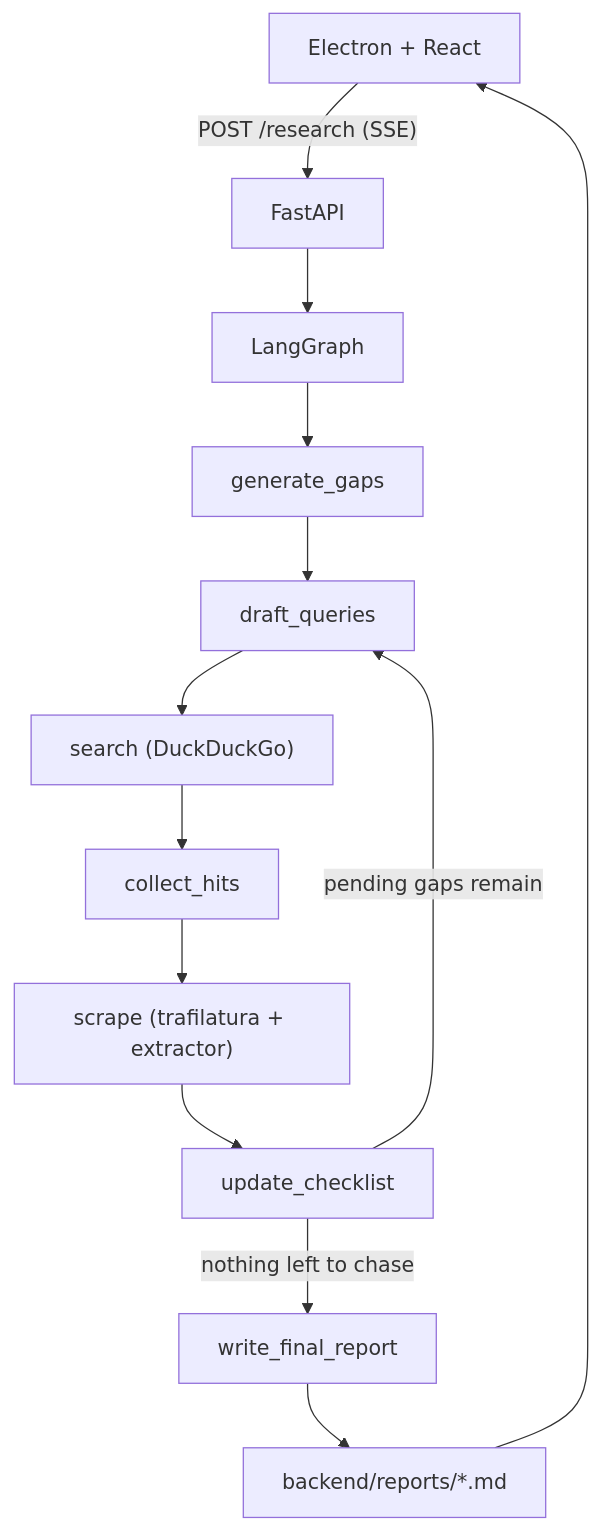
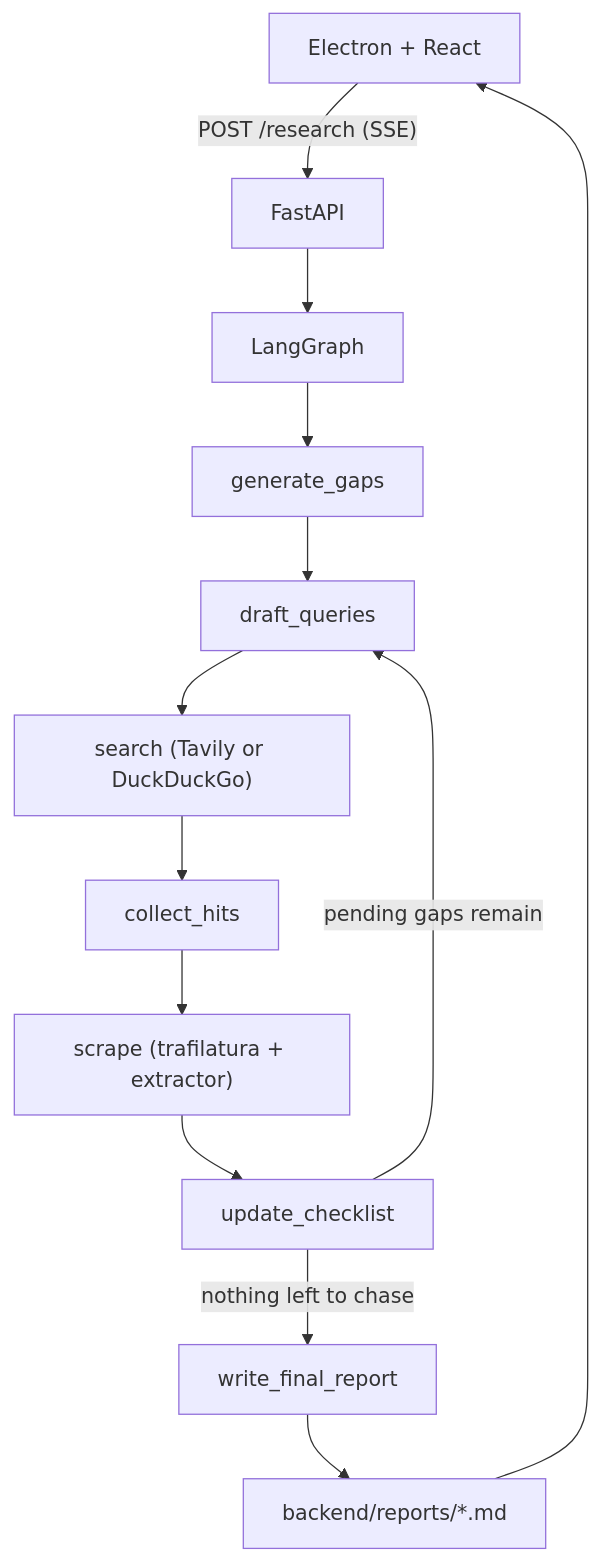
One commit to anonthedev/athel changed the diagram in README.md. Above: the diagram before and after it, drawn with Mermaid. The commit also changed other lines of this file and 11 other files, not shown here.

````diff
--- a/README.md
+++ b/README.md
@@ -47,15 +47,15 @@
 ```mermaid
 flowchart TD
   UI["Electron + React"] -->|"POST /research (SSE)"| API["FastAPI"]
   API --> Graph["LangGraph"]
   Graph --> Gaps["generate_gaps"]
   Gaps --> Draft["draft_queries"]
-  Draft --> Search["search (DuckDuckGo)"]
+  Draft --> Search["search (Tavily or DuckDuckGo)"]
   Search --> Hits["collect_hits"]
   Hits --> Scrape["scrape (trafilatura + extractor)"]
   Scrape --> Check["update_checklist"]
   Check -->|"pending gaps remain"| Draft
   Check -->|"nothing left to chase"| Write["write_final_report"]
   Write --> Disk["backend/reports/*.md"]
   Disk --> UI
 ```
````
